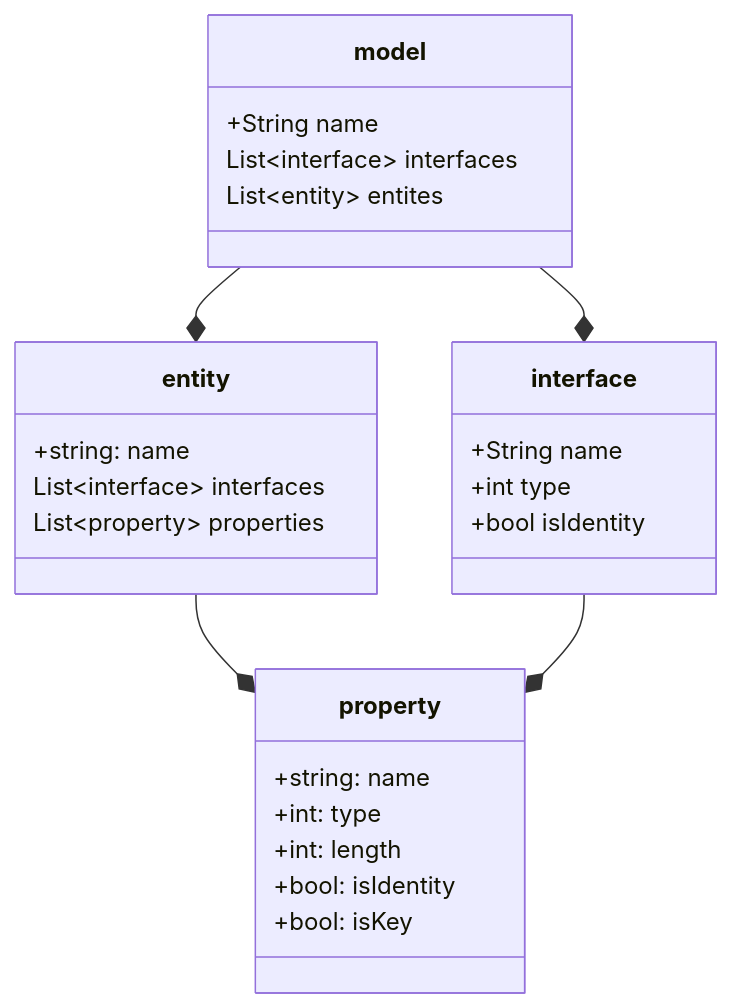
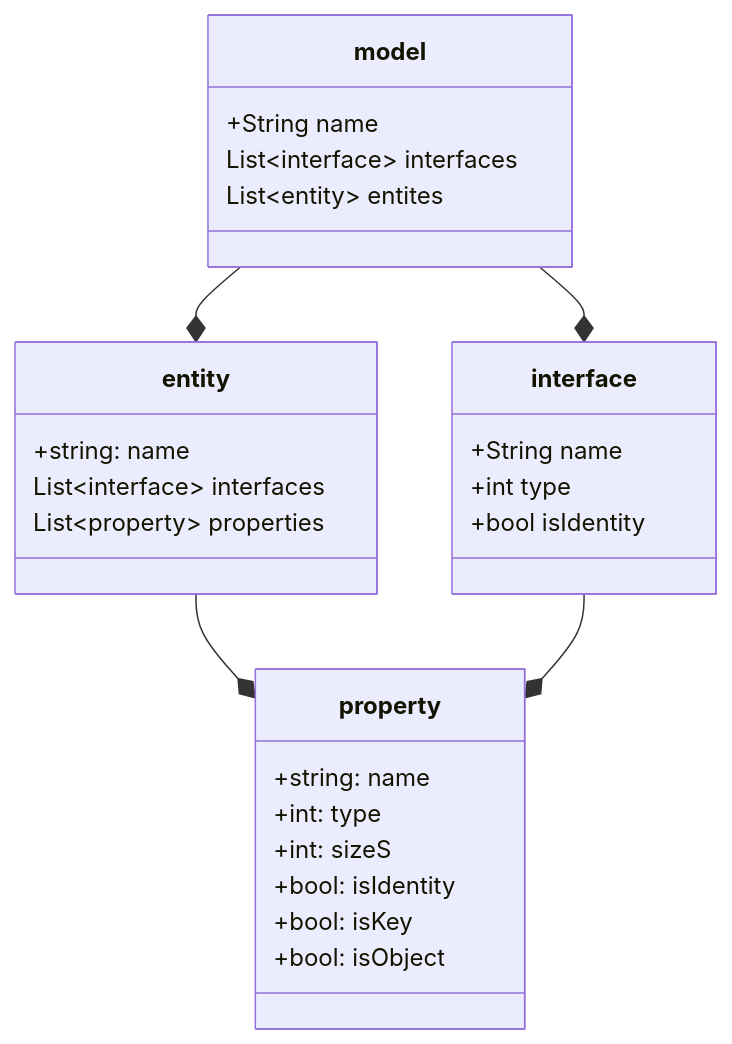
One commit to pblackburn68/Textrude changed the diagram in readme.md. Above: the diagram before and after it, drawn with Mermaid. The commit also changed 7 other files, not shown here.

````diff
--- a/readme.md
+++ b/readme.md
@@ -7,30 +7,31 @@
 ```mermaid
 classDiagram
   model --* interface 
   model --* entity
   entity --* property  
   interface --* property  
   class model{ 
     +String name
     List~interface~ interfaces
     List~entity~ entites
   }
   
   class interface{
     +String name
     +int type
     +bool isIdentity
   }
   class property{
     +string: name
     +int: type
-    +int: length
+    +int: sizeS
     +bool: isIdentity
     +bool: isKey
+    +bool: isObject
   }
   class entity{
     +string: name
     List~interface~ interfaces
     List~property~ properties
   }
 ```
````
